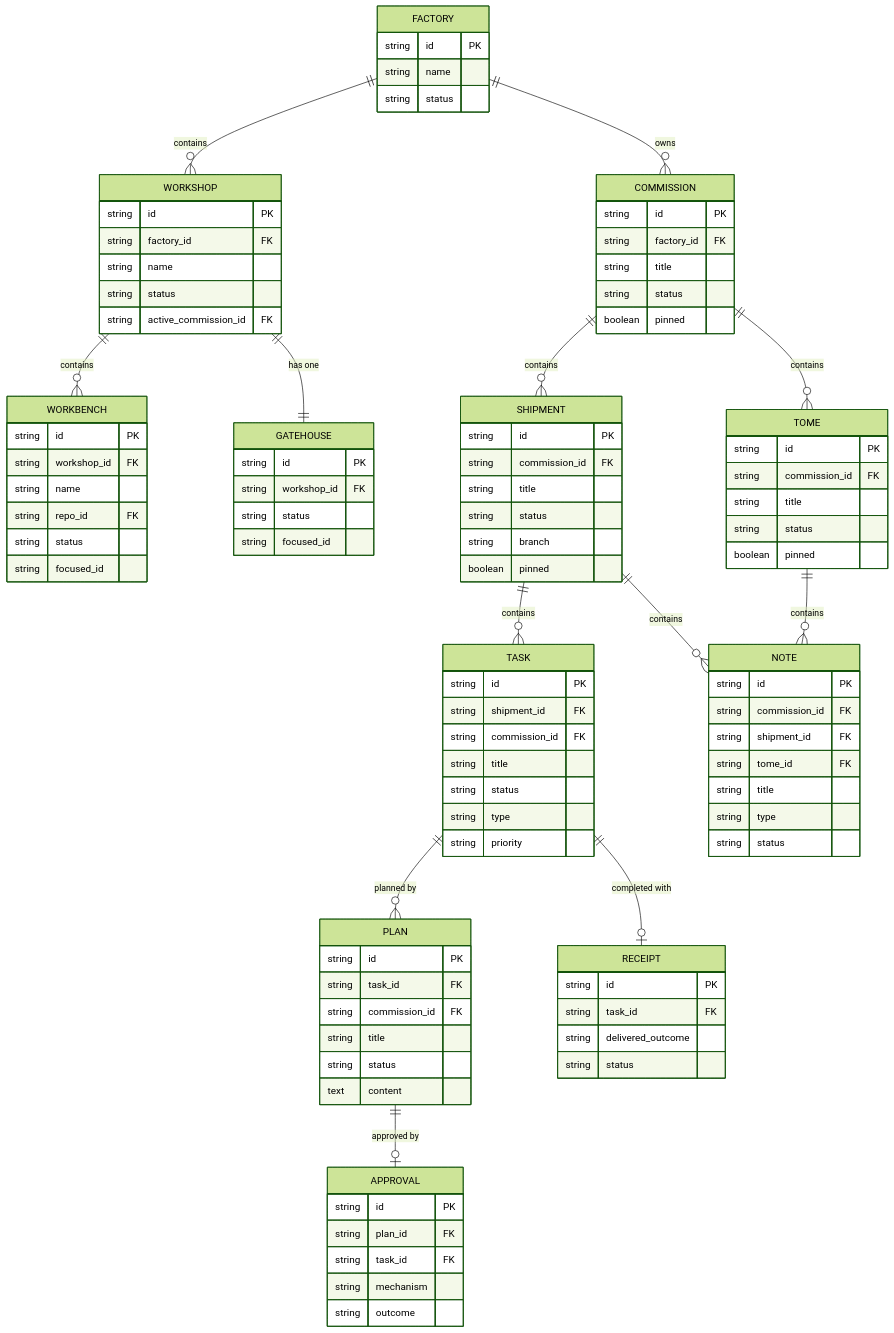
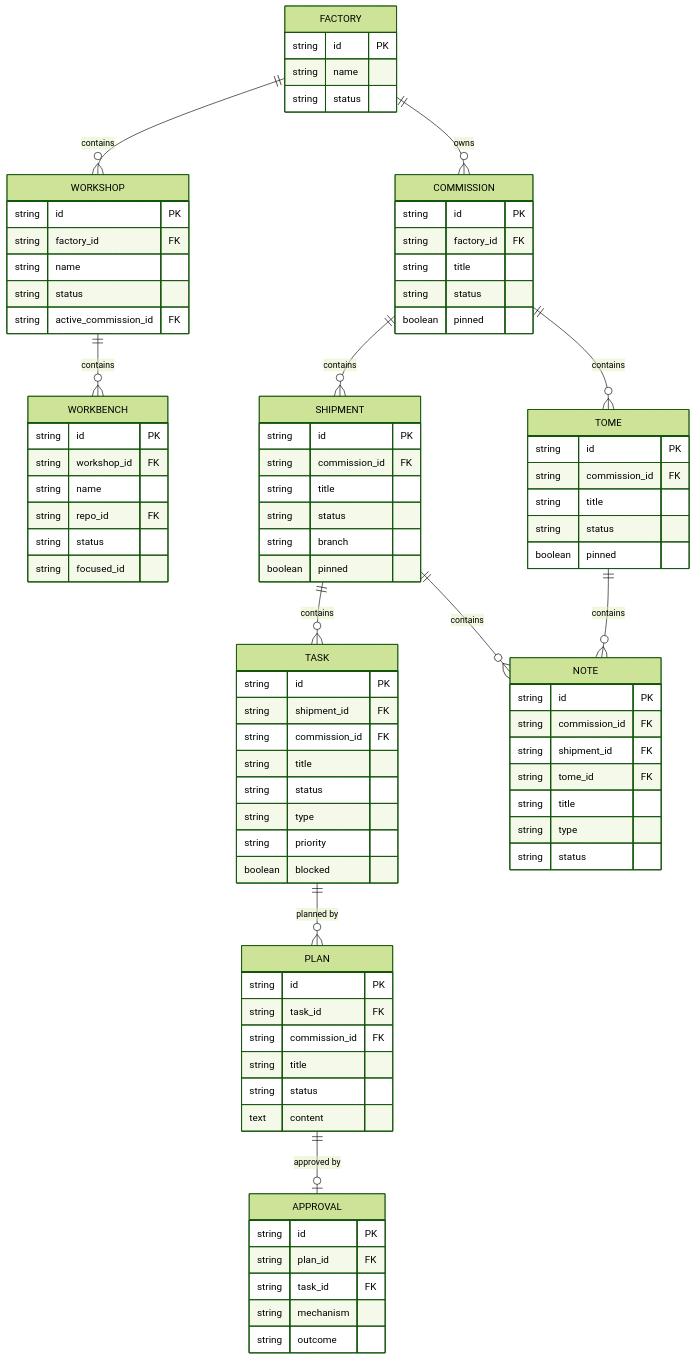
One commit to looneym/orc changed the diagram in docs/schema.md. Above: the diagram before and after it, drawn with Mermaid (forest theme). The commit also changed other lines of this file and 101 other files, not shown here.

````diff
--- a/docs/schema.md
+++ b/docs/schema.md
@@ -16,14 +16,12 @@
     FACTORY ||--o{ WORKSHOP : contains
     FACTORY ||--o{ COMMISSION : owns
     WORKSHOP ||--o{ WORKBENCH : contains
-    WORKSHOP ||--|| GATEHOUSE : "has one"
     COMMISSION ||--o{ SHIPMENT : contains
     COMMISSION ||--o{ TOME : contains
     SHIPMENT ||--o{ TASK : contains
     SHIPMENT ||--o{ NOTE : contains
     TOME ||--o{ NOTE : contains
     TASK ||--o{ PLAN : "planned by"
-    TASK ||--o| RECEIPT : "completed with"
     PLAN ||--o| APPROVAL : "approved by"
 
     FACTORY {
@@ -43,12 +41,6 @@
         string workshop_id FK
         string name
         string repo_id FK
-        string status
-        string focused_id
-    }
-    GATEHOUSE {
-        string id PK
-        string workshop_id FK
         string status
         string focused_id
     }
@@ -75,6 +67,7 @@
         string status
         string type
         string priority
+        boolean blocked
     }
     TOME {
         string id PK
@@ -107,10 +100,4 @@
         string mechanism
         string outcome
     }
-    RECEIPT {
-        string id PK
-        string task_id FK
-        string delivered_outcome
-        string status
-    }
 ```
````
